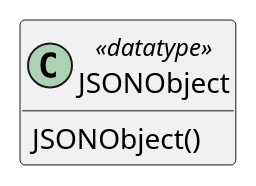
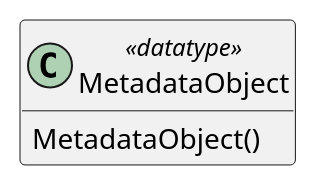
One commit to sandflow/otio-core-specification changed diagram 30 of 31 in src/main/md/otio-core.md. Above: the diagram before and after it, drawn with PlantUML. The commit also changed other lines of this file, not shown here.

Commit message:
Change JSONObject to MetadataObject

````diff
--- a/src/main/md/otio-core.md
+++ b/src/main/md/otio-core.md
@@ -1796,11 +1796,11 @@
 ```puml
 @startuml
 hide empty members
 skinparam classAttributeIconSize 0
 
-class JSONObject <<datatype>> {
-  JSONObject()
+class MetadataObject <<datatype>> {
+  MetadataObject()
 }
 
 @enduml
 ```
````
